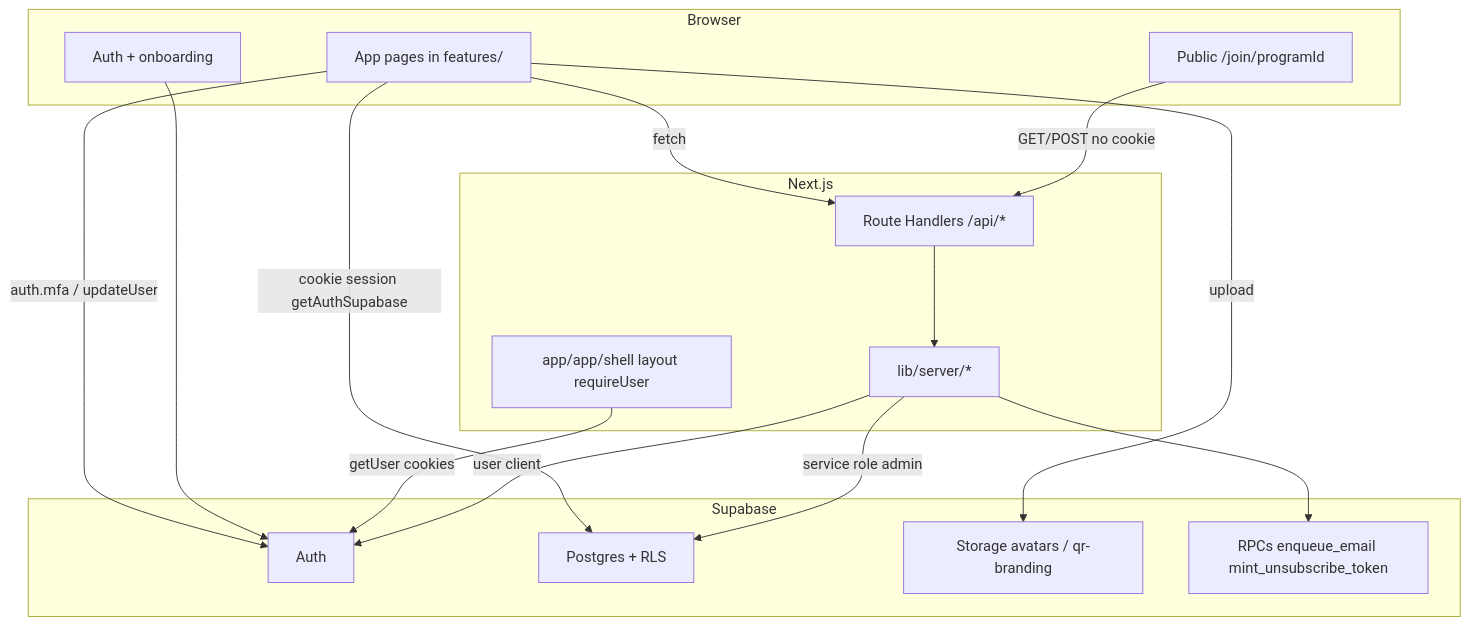
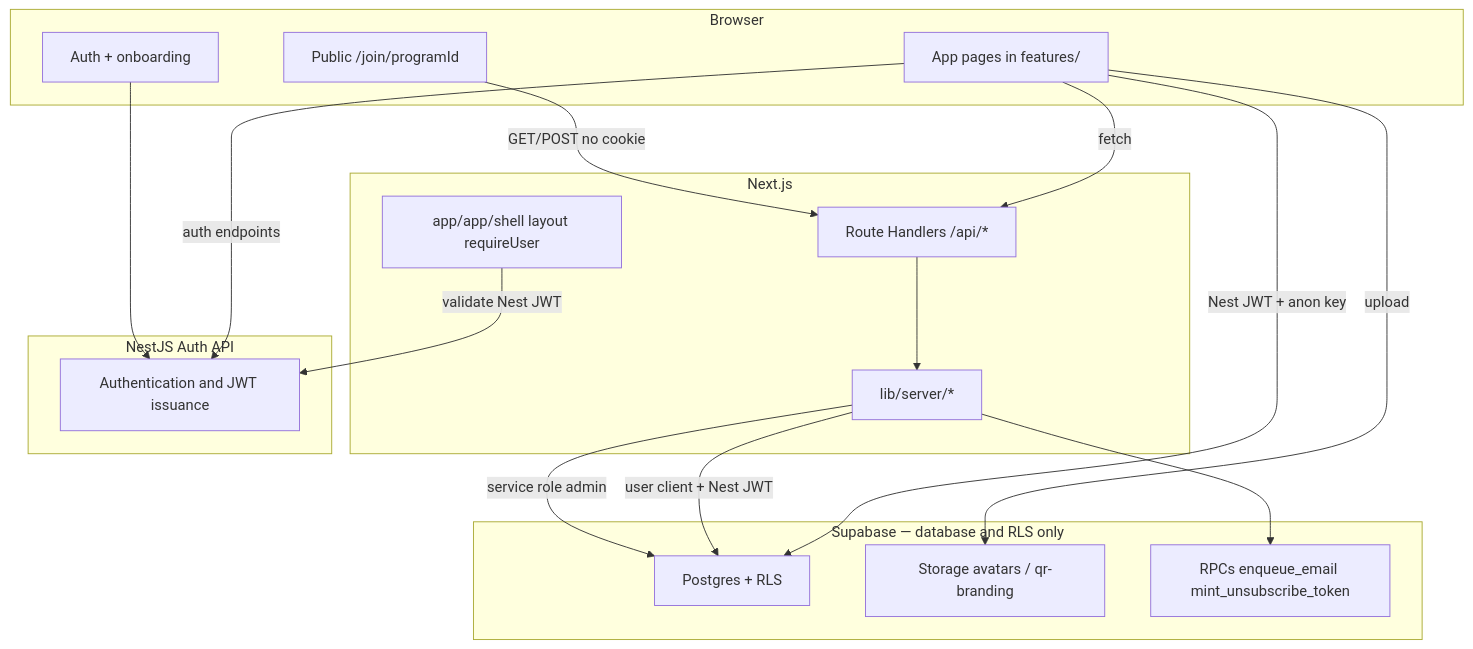
Before and after one commit to Ali-sherif/loyollo-web: the first of 8 diagrams in docs/frontend/system-architecture.md, drawn with Mermaid. The commit also changed other lines of this file and 23 other files, not shown here.

First line of the commit message:
docs: update authentication and authorization documentation to reflect NestJS integration

````diff
--- a/docs/frontend/system-architecture.md
+++ b/docs/frontend/system-architecture.md
@@ -13,33 +13,36 @@
 ```mermaid
 flowchart TB
   subgraph browser [Browser]
     Pages[App pages in features/]
     Join[Public /join/programId]
     AuthUI[Auth + onboarding]
   end
 
   subgraph next [Next.js]
     Shell[app/app/shell layout requireUser]
     BFF["Route Handlers /api/*"]
     LibServer[lib/server/*]
   end
 
-  subgraph supabase [Supabase]
-    Auth[Auth]
+  subgraph supabase [Supabase — database and RLS only]
     RLS[Postgres + RLS]
     Storage[Storage avatars / qr-branding]
     RPC[RPCs enqueue_email mint_unsubscribe_token]
   end
 
-  Pages -->|cookie session getAuthSupabase| RLS
-  Pages -->|auth.mfa / updateUser| Auth
+  subgraph nest [NestJS Auth API]
+    Auth[Authentication and JWT issuance]
+  end
+
+  Pages -->|Nest JWT + anon key| RLS
+  Pages -->|auth endpoints| Auth
   Pages -->|upload| Storage
   Pages -->|fetch| BFF
   Join -->|GET/POST no cookie| BFF
   AuthUI --> Auth
-  Shell -->|getUser cookies| Auth
+  Shell -->|validate Nest JWT| Auth
   BFF --> LibServer
-  LibServer -->|user client| Auth
+  LibServer -->|user client + Nest JWT| RLS
   LibServer -->|service role admin| RLS
   LibServer --> RPC
 ```
````
